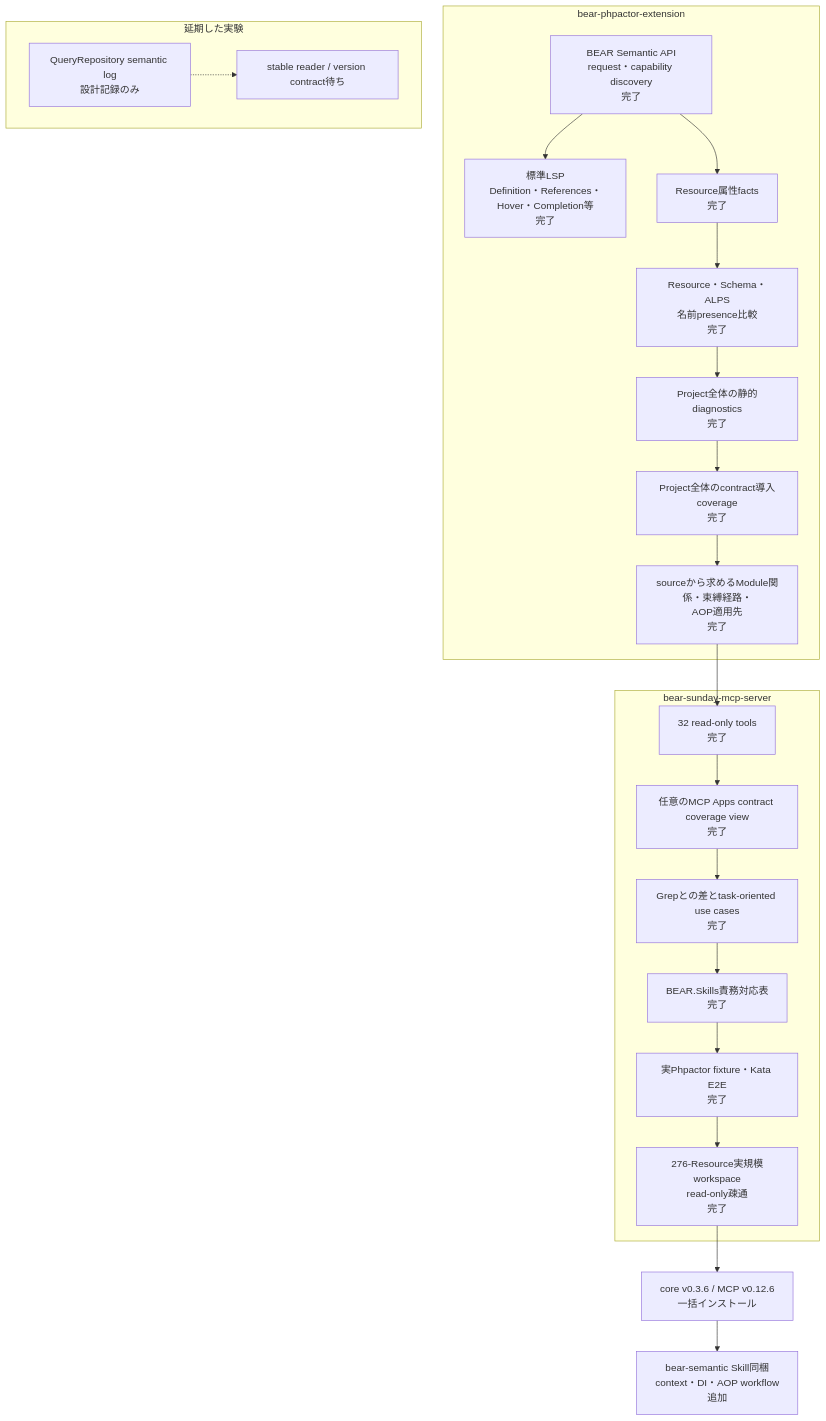
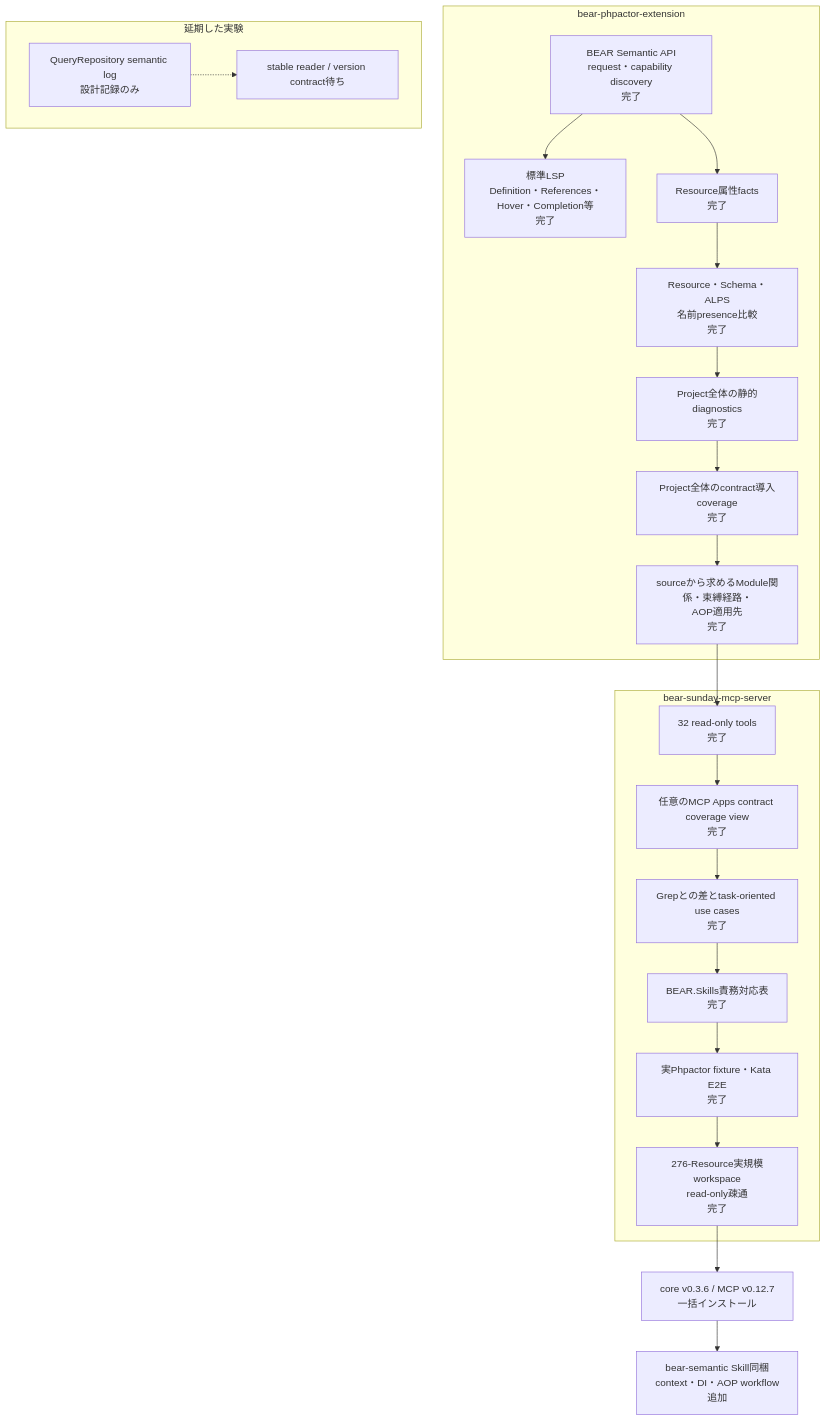
One commit to suzumaze/bear-sunday-mcp-server changed the diagram in docs/project-status.ja.md. Above: the diagram before and after it, drawn with Mermaid. The commit also changed other lines of this file and 3 other files, not shown here.

````diff
--- a/docs/project-status.ja.md
+++ b/docs/project-status.ja.md
@@ -8,35 +8,35 @@
 ```mermaid
 flowchart TB
     subgraph Core["bear-phpactor-extension"]
         C1["BEAR Semantic API<br/>request・capability discovery<br/>完了"]
         C2["標準LSP<br/>Definition・References・Hover・Completion等<br/>完了"]
         C3["Resource属性facts<br/>完了"]
         C4["Resource・Schema・ALPS<br/>名前presence比較<br/>完了"]
         C5["Project全体の静的diagnostics<br/>完了"]
         C6["Project全体のcontract導入coverage<br/>完了"]
         C7["sourceから求めるModule関係・束縛経路・<br/>AOP適用先<br/>完了"]
         C1 --> C2
         C1 --> C3 --> C4 --> C5 --> C6 --> C7
     end
 
     subgraph MCP["bear-sunday-mcp-server"]
         M1["32 read-only tools<br/>完了"]
         M0["任意のMCP Apps contract coverage view<br/>完了"]
         M2["Grepとの差とtask-oriented use cases<br/>完了"]
         M3["BEAR.Skills責務対応表<br/>完了"]
         M4["実Phpactor fixture・Kata E2E<br/>完了"]
         M5["276-Resource実規模workspace<br/>read-only疎通<br/>完了"]
         M1 --> M0 --> M2 --> M3 --> M4 --> M5
     end
 
     C7 --> M1
 
     subgraph Deferred["延期した実験"]
         D1["QueryRepository semantic log<br/>設計記録のみ"]
         D2["stable reader / version contract待ち"]
         D1 -.-> D2
     end
 
-    M5 --> R1["core v0.3.6 / MCP v0.12.6<br/>一括インストール"]
+    M5 --> R1["core v0.3.6 / MCP v0.12.7<br/>一括インストール"]
     R1 --> S1["bear-semantic Skill同梱<br/>context・DI・AOP workflow追加"]
 ```
````
